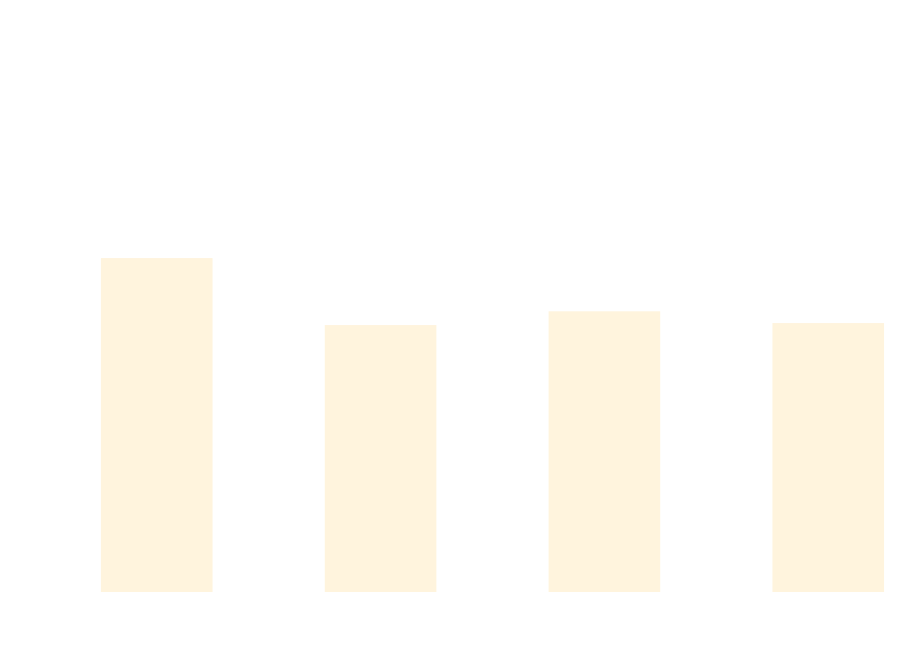
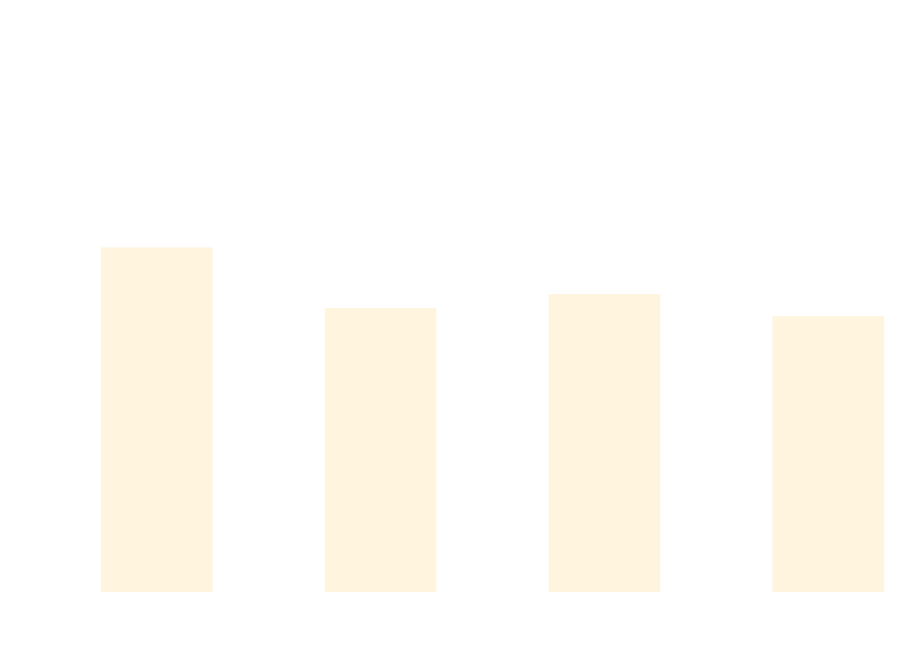
One commit to thomhurst/TUnit changed the diagram in docs/docs/benchmarks/BuildTime.md. Above: the diagram before and after it, drawn with Mermaid. The commit also changed other lines of this file and 17 other files, not shown here.

````diff
--- a/docs/docs/benchmarks/BuildTime.md
+++ b/docs/docs/benchmarks/BuildTime.md
@@ -28,37 +28,37 @@
 ```mermaid
 %%{init: {
   'theme':'base',
   'themeVariables': {
     'primaryColor': '#2563eb',
     'primaryTextColor': '#ffffff',
     'primaryBorderColor': '#1e40af',
     'lineColor': '#6b7280',
     'secondaryColor': '#7c3aed',
     'tertiaryColor': '#dc2626',
     'background': '#ffffff',
     'mainBkg': '#2563eb',
     'secondBkg': '#7c3aed',
     'tertiaryBkg': '#dc2626',
     'clusterBkg': '#f3f4f6',
     'edgeLabelBackground': '#ffffff',
     'tertiaryTextColor': '#1f2937',
     'pie1': '#2563eb',
     'pie2': '#7c3aed',
     'pie3': '#dc2626',
     'pie4': '#f59e0b',
     'pie5': '#10b981',
     'pie6': '#06b6d4',
     'pie7': '#ec4899',
     'pie8': '#6366f1',
     'pie9': '#84cc16',
     'pie10': '#f97316',
     'pie11': '#14b8a6',
     'pie12': '#a855f7'
   }
 }}%%
 xychart-beta
   title "Build Time Comparison"
   x-axis ["Build_TUnit", "Build_NUnit", "Build_MSTest", "Build_xUnit3"]
   y-axis "Time (s)" 0 --> 3
-  bar [1.942, 1.538, 1.621, 1.55]
+  bar [2.006, 1.641, 1.725, 1.591]
 ```
````
